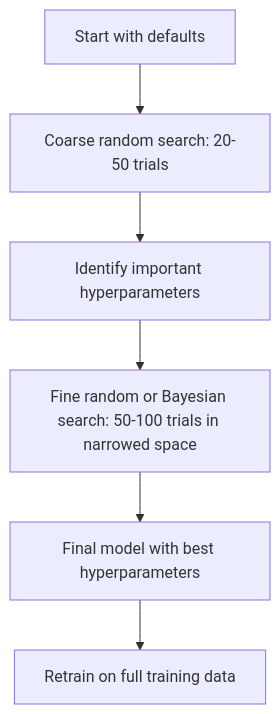
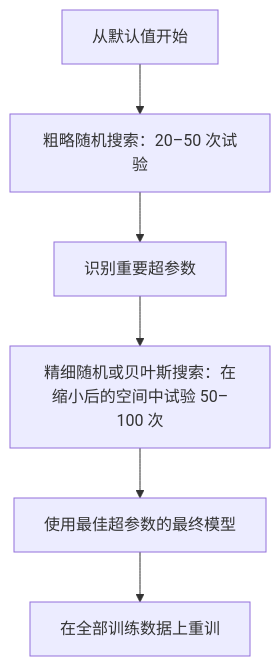
Before and after one commit to huangyue12120/Learning-Atlas: the third of 4 diagrams in content/translations/practice/02-ml-fundamentals/12-hyperparameter-tuning/zh.md, drawn with Mermaid. The commit also changed other lines of this file and 24 other files, not shown here.

Commit message:
fix(reader): localize Mermaid in source content

````diff
--- a/content/translations/practice/02-ml-fundamentals/12-hyperparameter-tuning/zh.md
+++ b/content/translations/practice/02-ml-fundamentals/12-hyperparameter-tuning/zh.md
@@ -171,8 +171,8 @@
 ```mermaid
 flowchart TD
-    A[Start with defaults] --> B[Coarse random search: 20-50 trials]
-    B --> C[Identify important hyperparameters]
-    C --> D[Fine random or Bayesian search: 50-100 trials in narrowed space]
-    D --> E[Final model with best hyperparameters]
-    E --> F[Retrain on full training data]
+    A[从默认值开始] --> B[粗略随机搜索：20–50 次试验]
+    B --> C[识别重要超参数]
+    C --> D[精细随机或贝叶斯搜索：在缩小后的空间中试验 50–100 次]
+    D --> E[使用最佳超参数的最终模型]
+    E --> F[在全部训练数据上重训]
 ```
````
